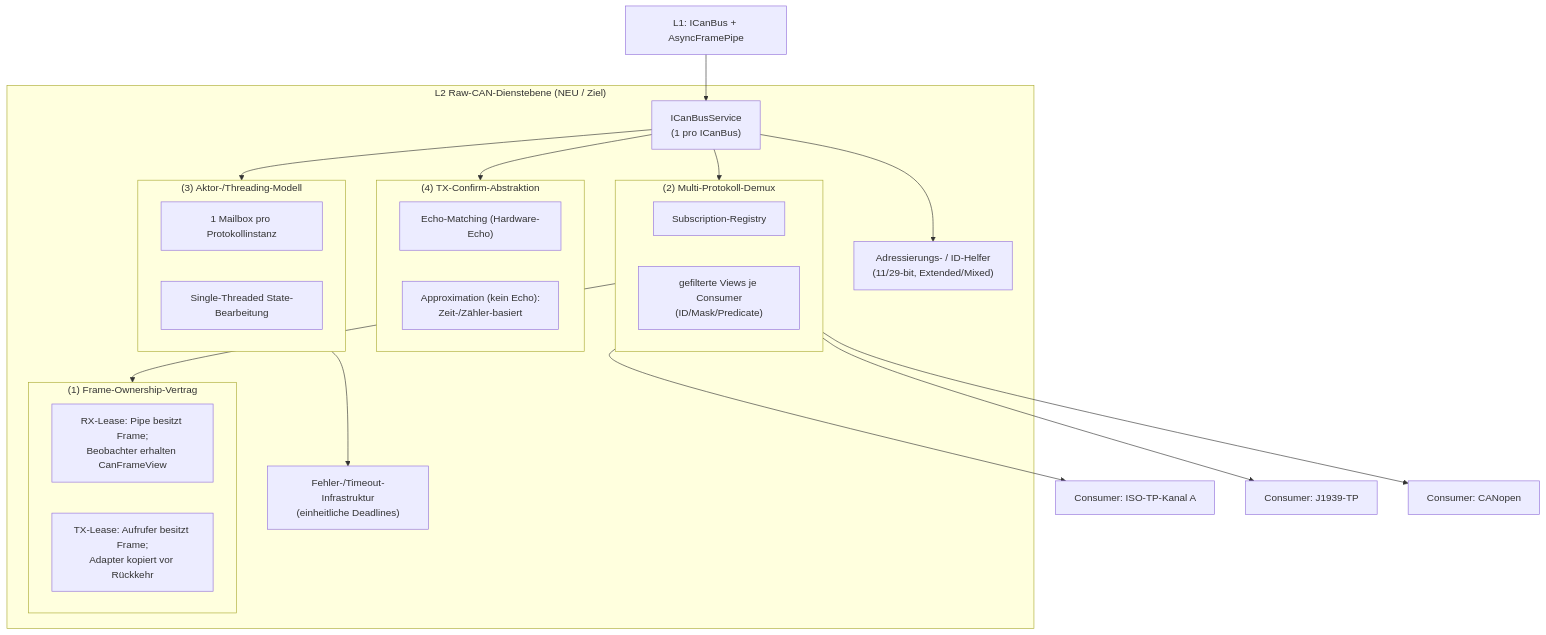
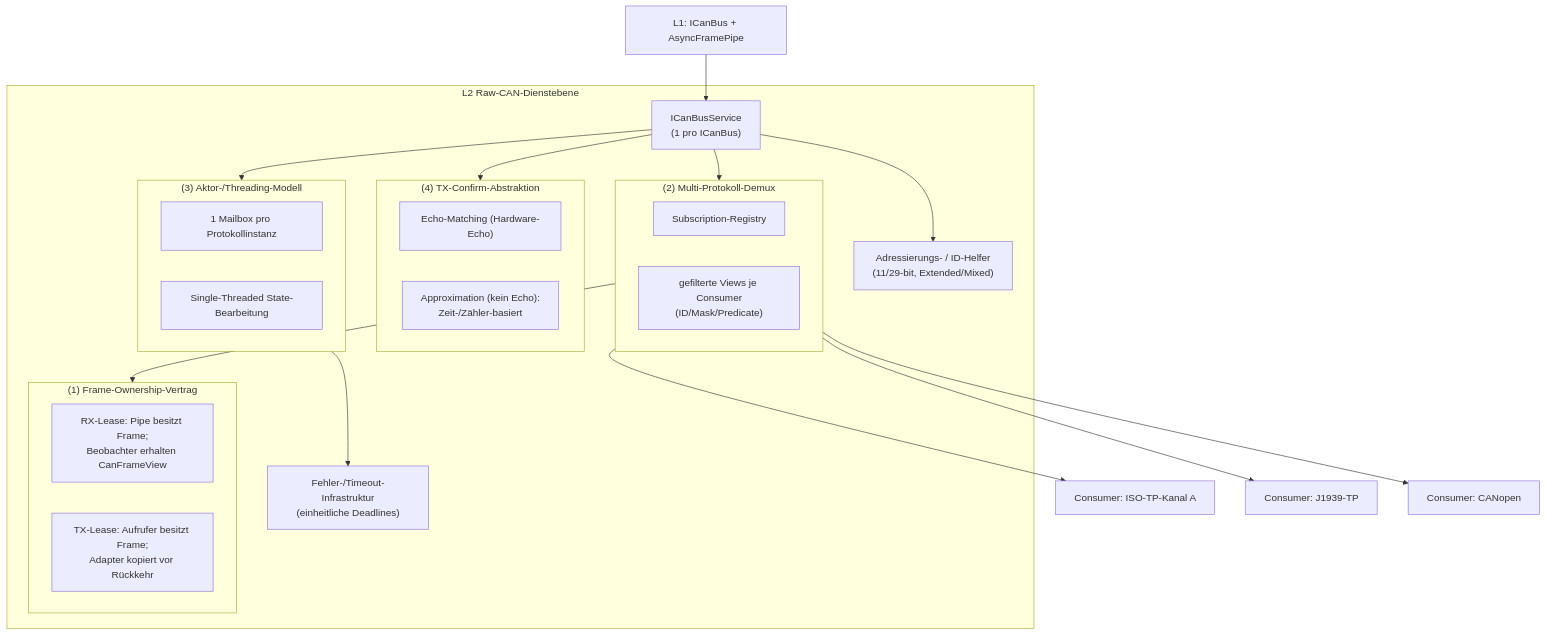
The fourth of 19 diagrams in docs/architecture/arc42-CanKit.Pro.md (dborgards/CanKit.Pro), drawn with Mermaid before and after one commit. The commit also changed other lines of this file and 1 other file, not shown here.

````diff
--- a/docs/architecture/arc42-CanKit.Pro.md
+++ b/docs/architecture/arc42-CanKit.Pro.md
@@ -391,35 +406,35 @@
 ```mermaid
 flowchart TB
-    subgraph L2["L2 Raw-CAN-Dienstebene  (NEU / Ziel)"]
+    subgraph L2["L2 Raw-CAN-Dienstebene"]
         BusService["ICanBusService<br/>(1 pro ICanBus)"]
         subgraph DemuxBox["(2) Multi-Protokoll-Demux"]
             SubReg["Subscription-Registry"]
             Filter["gefilterte Views je Consumer<br/>(ID/Mask/Predicate)"]
         end
         subgraph OwnBox["(1) Frame-Ownership-Vertrag"]
             LeaseRx["RX-Lease: Pipe besitzt Frame;<br/>Beobachter erhalten CanFrameView"]
             LeaseTx["TX-Lease: Aufrufer besitzt Frame;<br/>Adapter kopiert vor Rückkehr"]
         end
         subgraph TxcBox["(4) TX-Confirm-Abstraktion"]
             EchoMatch["Echo-Matching (Hardware-Echo)"]
             Approx["Approximation (kein Echo):<br/>Zeit-/Zähler-basiert"]
         end
         AddrBox["Adressierungs- / ID-Helfer<br/>(11/29-bit, Extended/Mixed)"]
         subgraph ActorBox["(3) Aktor-/Threading-Modell"]
             Mailbox["1 Mailbox pro Protokollinstanz"]
             SingleLoop["Single-Threaded State-Bearbeitung"]
         end
         TimeoutBox["Fehler-/Timeout-Infrastruktur<br/>(einheitliche Deadlines)"]
     end
 
     L1Bus["L1: ICanBus + AsyncFramePipe"] --> BusService
     BusService --> DemuxBox
     DemuxBox --> OwnBox
     BusService --> TxcBox
     BusService --> AddrBox
     BusService --> ActorBox
     ActorBox --> TimeoutBox
     DemuxBox --> C1["Consumer: ISO-TP-Kanal A"]
     DemuxBox --> C2["Consumer: J1939-TP"]
     DemuxBox --> C3["Consumer: CANopen"]
 ```
````
